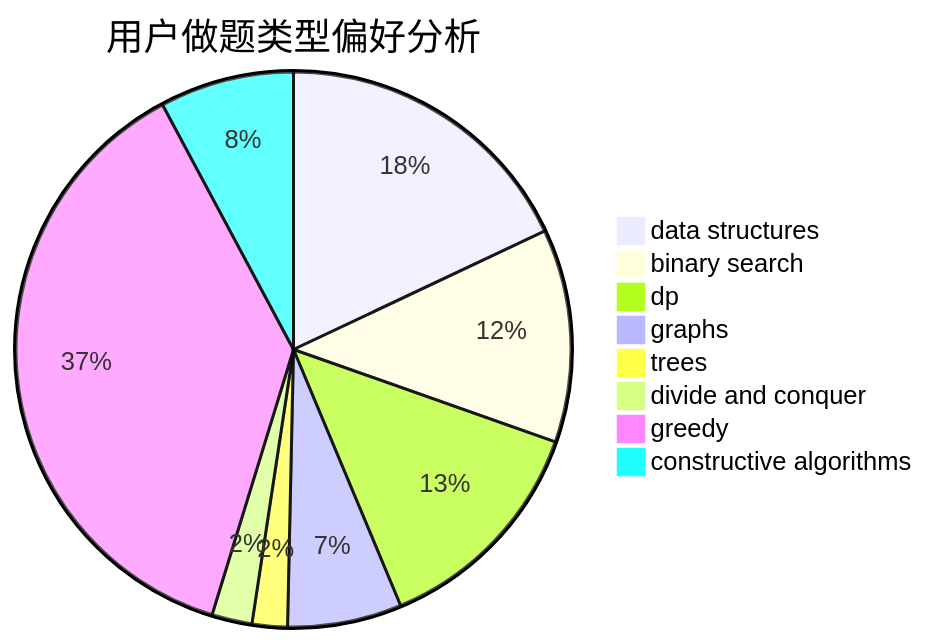
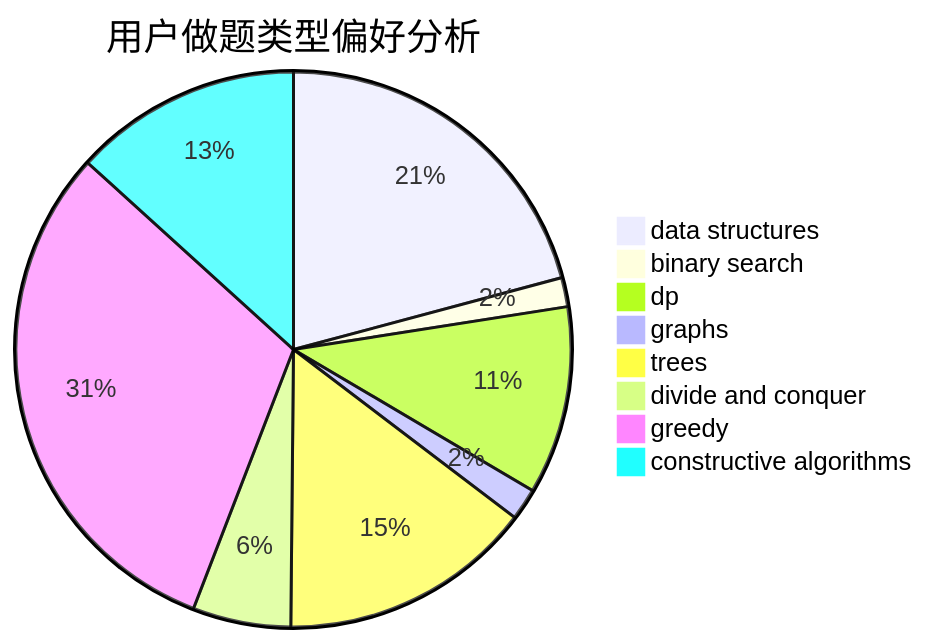
The second of 3 diagrams in docs/user/u2565.md (sherpahu/cfrs.github.io), drawn with Mermaid before and after one commit. The commit also changed other lines of this file and 2770 other files, not shown here.

````diff
--- a/docs/user/u2565.md
+++ b/docs/user/u2565.md
@@ -23,11 +23,11 @@
 ```mermaid
 pie title 用户做题类型偏好分析
-    "data structures" :  184
-    "binary search" :  127
-    "dp" :  136
-    "graphs" :  68
-    "trees" :  21
-    "divide and conquer" :  24
-    "greedy" :  383
-    "constructive algorithms" :  80
+    "data structures" :  135
+    "binary search" :  11
+    "dp" :  71
+    "graphs" :  12
+    "trees" :  96
+    "divide and conquer" :  37
+    "greedy" :  200
+    "constructive algorithms" :  86
 ```
````
